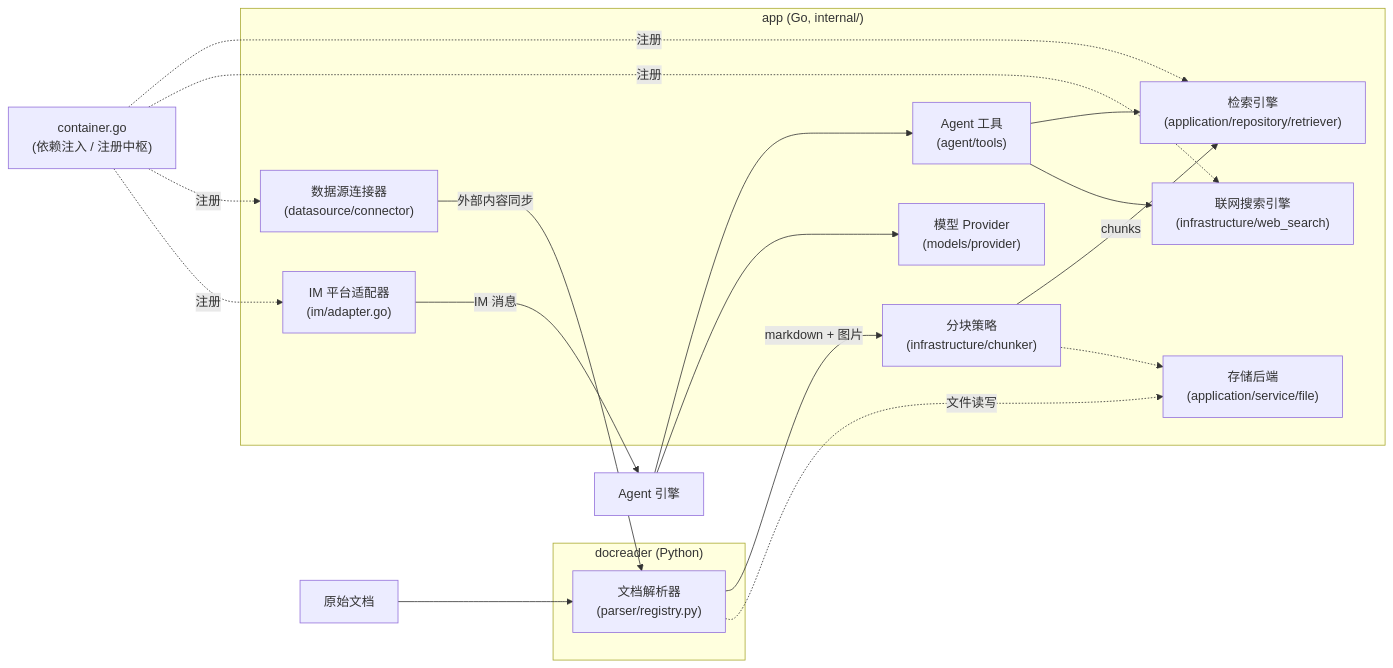
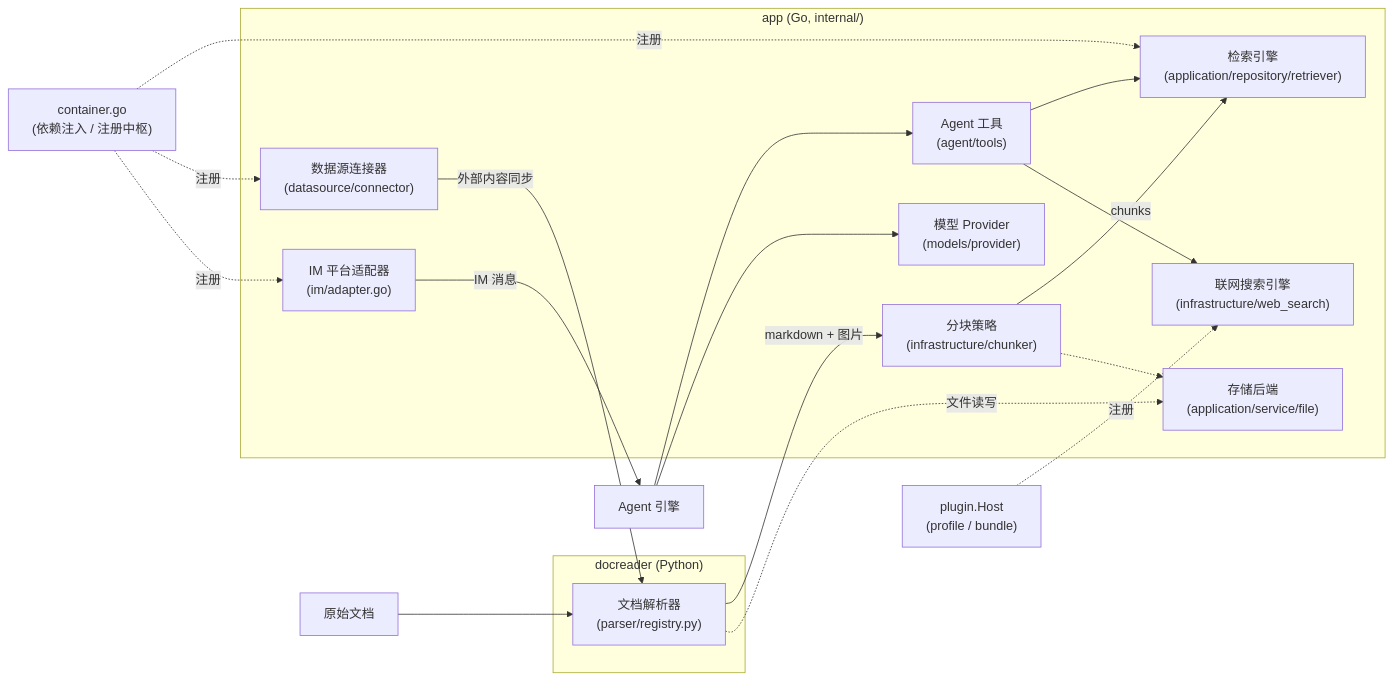
One commit to lyingbug/WeKnora changed the diagram in website-docs/06-development/03-extension-points.md. Above: the diagram before and after it, drawn with Mermaid. The commit also changed other lines of this file and 9 other files, not shown here.

````diff
--- a/website-docs/06-development/03-extension-points.md
+++ b/website-docs/06-development/03-extension-points.md
@@ -7,31 +9,31 @@
 ```mermaid
 graph LR
     subgraph DR["docreader (Python)"]
         P1["文档解析器<br/>(parser/registry.py)"]
     end
     subgraph APP["app (Go, internal/)"]
         P2["分块策略<br/>(infrastructure/chunker)"]
         P3["检索引擎<br/>(application/repository/retriever)"]
         P4["模型 Provider<br/>(models/provider)"]
         P5["联网搜索引擎<br/>(infrastructure/web_search)"]
         P6["数据源连接器<br/>(datasource/connector)"]
         P7["IM 平台适配器<br/>(im/adapter.go)"]
         P8["Agent 工具<br/>(agent/tools)"]
         P9["存储后端<br/>(application/service/file)"]
     end
     DOC["原始文档"] --> P1
     P1 -->|"markdown + 图片"| P2
     P2 -->|"chunks"| P3
     P6 -->|"外部内容同步"| P1
     P7 -->|"IM 消息"| AG["Agent 引擎"]
     AG --> P8
     P8 --> P3
     P8 --> P5
     AG --> P4
     P1 -.->|"文件读写"| P9
     P2 -.-> P9
     CT["container.go<br/>(依赖注入 / 注册中枢)"] -.->|"注册"| P3
-    CT -.->|"注册"| P5
+    PH["plugin.Host<br/>(profile / bundle)"] -.->|"注册"| P5
     CT -.->|"注册"| P6
     CT -.->|"注册"| P7
 ```
````
